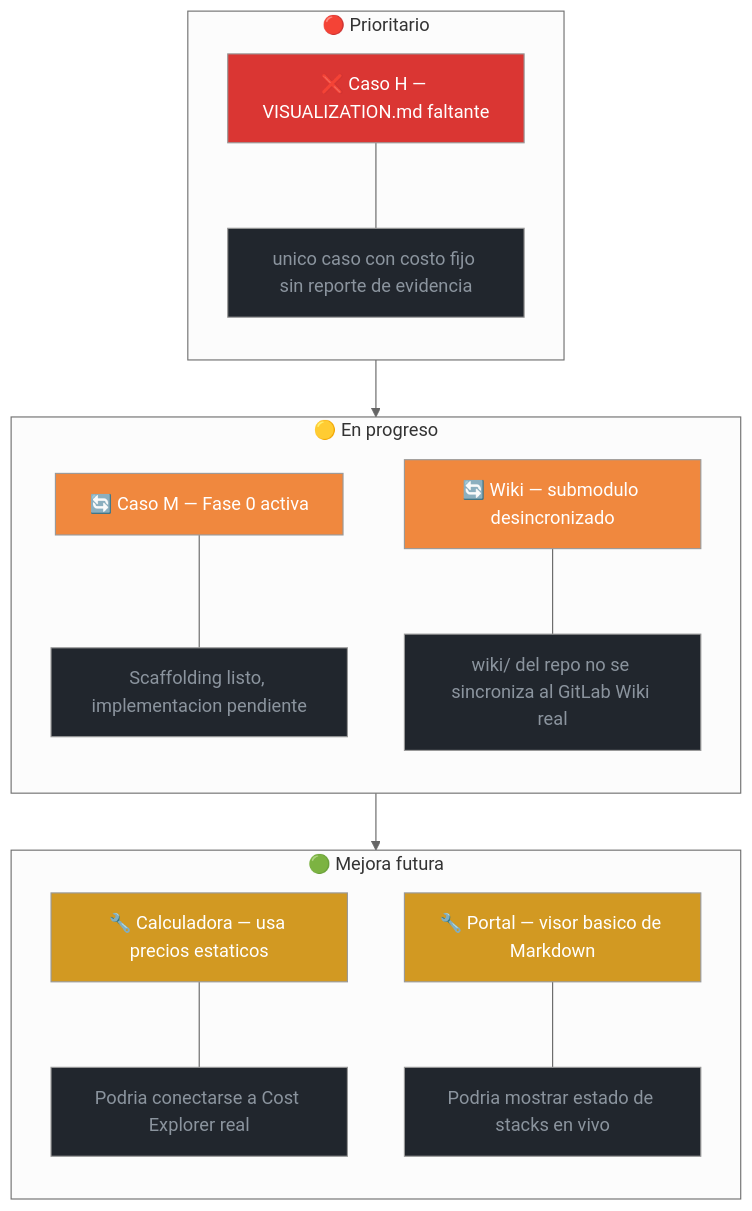
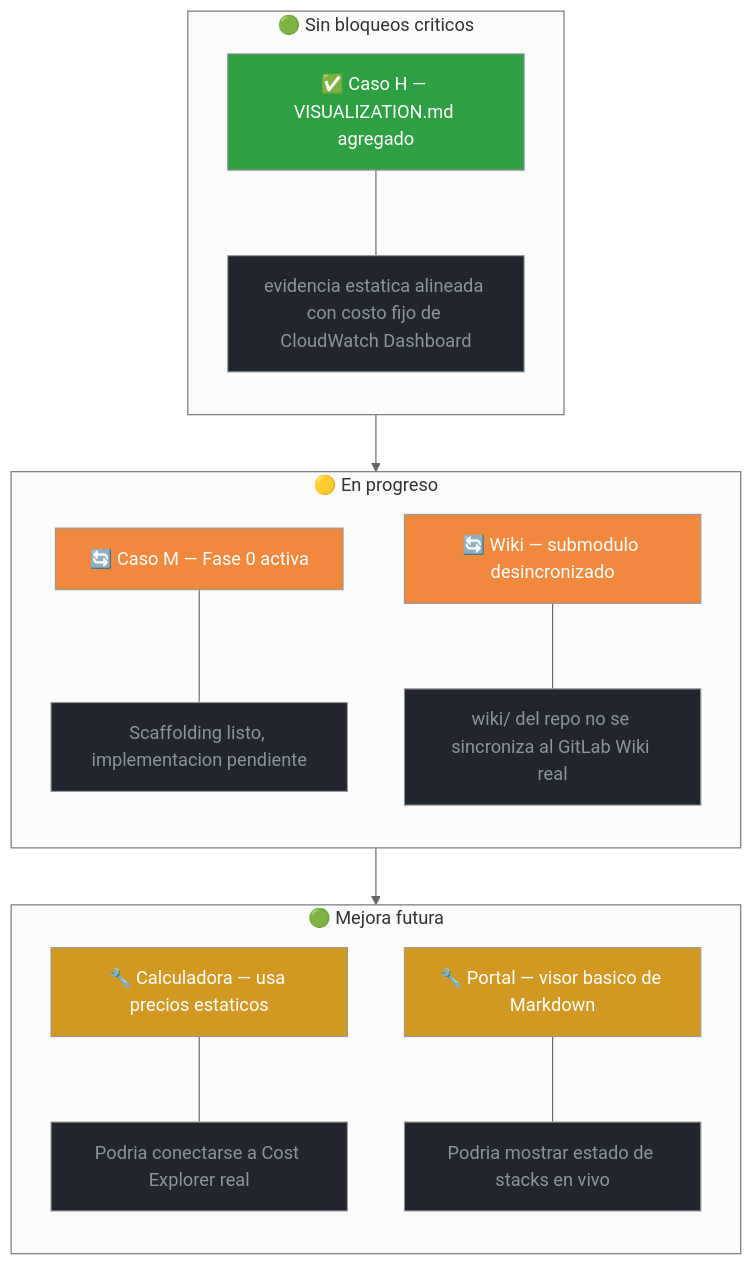
Before and after one commit to vladimiracunadev-create/proyectos-aws: the fourth of 7 diagrams in docs/ESTADO_Y_ROADMAP.md, drawn with Mermaid (neutral theme). The commit also changed other lines of this file and 11 other files, not shown here.

Commit message:
docs: add caso h visualization evidence

````diff
--- a/docs/ESTADO_Y_ROADMAP.md
+++ b/docs/ESTADO_Y_ROADMAP.md
@@ -159,42 +159,42 @@
 ```mermaid
 flowchart TB
-    subgraph CRITICO["🔴 Prioritario"]
+    subgraph CRITICO["🟢 Sin bloqueos criticos"]
         direction TB
-        G1["❌ Caso H — VISUALIZATION.md faltante"]
-        G1N["unico caso con costo fijo sin reporte de evidencia"]
+        G1["✅ Caso H — VISUALIZATION.md agregado"]
+        G1N["evidencia estatica alineada con costo fijo de CloudWatch Dashboard"]
         G1 --- G1N
     end
 
     subgraph MEDIO["🟡 En progreso"]
         direction TB
         G2["🔄 Caso M — Fase 0 activa"]
         G2N["Scaffolding listo, implementacion pendiente"]
         G3["🔄 Wiki — submodulo desincronizado"]
         G3N["wiki/ del repo no se sincroniza al GitLab Wiki real"]
         G2 --- G2N
         G3 --- G3N
     end
 
     subgraph BAJO["🟢 Mejora futura"]
         direction TB
         G4["🔧 Calculadora — usa precios estaticos"]
         G4N["Podria conectarse a Cost Explorer real"]
         G5["🔧 Portal — visor basico de Markdown"]
         G5N["Podria mostrar estado de stacks en vivo"]
         G4 --- G4N
         G5 --- G5N
     end
 
     CRITICO --> MEDIO --> BAJO
 
-    style G1 fill:#da3633,color:#fff
+    style G1 fill:#2ea043,color:#fff
     style G2 fill:#f0883e,color:#fff
     style G3 fill:#f0883e,color:#fff
     style G4 fill:#d29922,color:#fff
     style G5 fill:#d29922,color:#fff
     style G1N fill:#21262d,color:#8b949e
     style G2N fill:#21262d,color:#8b949e
     style G3N fill:#21262d,color:#8b949e
     style G4N fill:#21262d,color:#8b949e
     style G5N fill:#21262d,color:#8b949e
 ```
````
